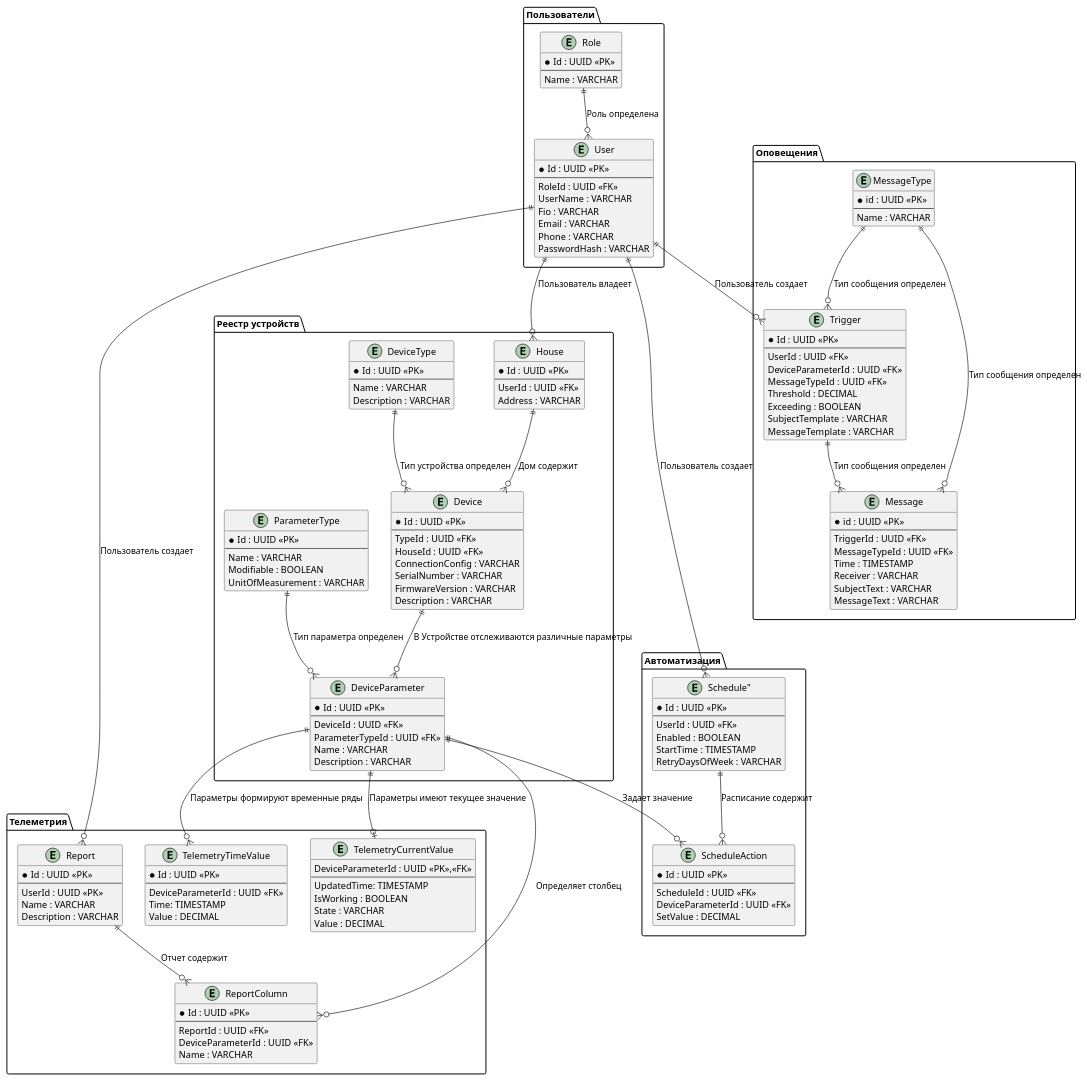
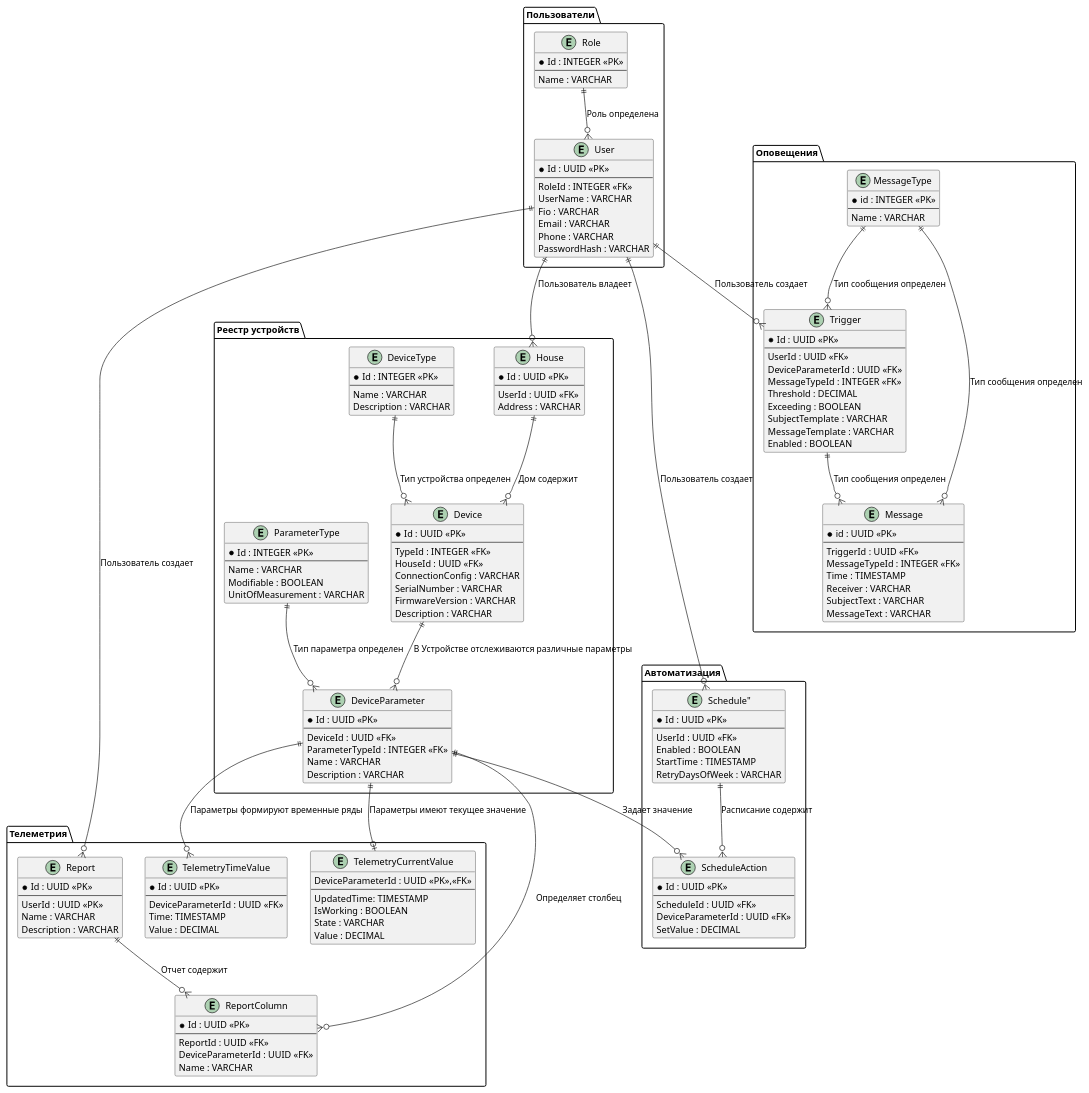
One commit to binaril/architecture-warmhouse changed the diagram in diagrams/ER.puml. Above: the diagram before and after it, drawn with PlantUML. The commit also changed 4 other files, not shown here.

```diff
--- a/diagrams/ER.puml
+++ b/diagrams/ER.puml
@@ -1,174 +1,175 @@
 @startuml
 package "Пользователи" {
   entity "User" as User {
     *Id : UUID <<PK>>
     --
-    RoleId : UUID <<FK>>
+    RoleId : INTEGER <<FK>>
     UserName : VARCHAR
     Fio : VARCHAR
     Email : VARCHAR
     Phone : VARCHAR
     PasswordHash : VARCHAR
   }
 
   entity "Role" as Role {
-    *Id : UUID <<PK>>
+    *Id : INTEGER <<PK>>
     --
     Name : VARCHAR
   }
 }
 
 package "Автоматизация" {
   entity "Schedule"" as Schedule {
     *Id : UUID <<PK>>
     --
     UserId : UUID <<FK>>
     Enabled : BOOLEAN
     StartTime : TIMESTAMP
     RetryDaysOfWeek : VARCHAR
   }
     
   entity "ScheduleAction" as ScheduleAction {
     *Id : UUID <<PK>>
     --
     ScheduleId : UUID <<FK>>
     DeviceParameterId : UUID <<FK>>
     SetValue : DECIMAL
   }
 }
 
 package "Реестр устройств" {
   entity "House" as House {
     *Id : UUID <<PK>>
     --
     UserId : UUID <<FK>>
     Address : VARCHAR
   }
 
   entity "Device" as Device {
     *Id : UUID <<PK>>
     --
-    TypeId : UUID <<FK>>
+    TypeId : INTEGER <<FK>>
     HouseId : UUID <<FK>>
     ConnectionConfig : VARCHAR
     SerialNumber : VARCHAR
     FirmwareVersion : VARCHAR
     Description : VARCHAR
   }
 
   entity "DeviceType" as DeviceType {
-    *Id : UUID <<PK>>
+    *Id : INTEGER <<PK>>
     --
     Name : VARCHAR
     Description : VARCHAR
   }
 
   entity "DeviceParameter" as DeviceParameter {
     *Id : UUID <<PK>>
     --
     DeviceId : UUID <<FK>>
-    ParameterTypeId : UUID <<FK>>
+    ParameterTypeId : INTEGER <<FK>>
     Name : VARCHAR
     Description : VARCHAR
   }
   
   entity "ParameterType" as ParameterType {
-    *Id : UUID <<PK>>
+    *Id : INTEGER <<PK>>
     --
     Name : VARCHAR
     Modifiable : BOOLEAN
     UnitOfMeasurement : VARCHAR
   }  
 }
 
 
 
 package "Оповещения" {
   entity "Trigger" as Trigger {
     *Id : UUID <<PK>>
     --
     UserId : UUID <<FK>>
     DeviceParameterId : UUID <<FK>>
-    MessageTypeId : UUID <<FK>>
+    MessageTypeId : INTEGER <<FK>>
     Threshold : DECIMAL
     Exceeding : BOOLEAN
     SubjectTemplate : VARCHAR
     MessageTemplate : VARCHAR
+    Enabled : BOOLEAN
   }
 
   entity "Message" as Message {
     *id : UUID <<PK>>
     --
     TriggerId : UUID <<FK>>
-    MessageTypeId : UUID <<FK>>
+    MessageTypeId : INTEGER <<FK>>
     Time : TIMESTAMP
     Receiver : VARCHAR
     SubjectText : VARCHAR
     MessageText : VARCHAR
   }
   
   entity "MessageType" as MessageType {
-    *id : UUID <<PK>>
+    *id : INTEGER <<PK>>
     --
     Name : VARCHAR
   }  
 }
 
 
 package "Телеметрия" {
   entity "TelemetryCurrentValue" as TelemetryCurrent {
     DeviceParameterId : UUID <<PK>>,<<FK>>
     --
     UpdatedTime: TIMESTAMP
     IsWorking : BOOLEAN
     State : VARCHAR
     Value : DECIMAL
   }
 
   entity "TelemetryTimeValue" as TelemetryTimeValue {
     *Id : UUID <<PK>>
     --
     DeviceParameterId : UUID <<FK>>
     Time: TIMESTAMP
     Value : DECIMAL
   }
   
   entity "Report" as Report {
     *Id : UUID <<PK>>
     --
     UserId : UUID <<PK>>
     Name : VARCHAR
     Description : VARCHAR
   }
   
   entity "ReportColumn" as ReportColumn {
     *Id : UUID <<PK>>
     --
     ReportId : UUID <<FK>>
     DeviceParameterId : UUID <<FK>>
     Name : VARCHAR
   }  
     
 }
 
 
 
 Role ||--o{ User : "Роль определена"
 User ||--o{ House : "Пользователь владеет"
 User ||--o{ Report : "Пользователь создает"
 User ||--o{ Schedule : "Пользователь создает"
 User ||--o{ Trigger : "Пользователь создает"
 House ||--o{ Device : "Дом содержит"
 DeviceType ||--o{ Device : "Тип устройства определен"
 Device ||--o{ DeviceParameter : "В Устройстве отслеживаются различные параметры"
 ParameterType ||--o{ DeviceParameter : "Тип параметра определен"
 DeviceParameter ||--o{ TelemetryTimeValue : "Параметры формируют временные ряды"
 DeviceParameter ||--o| TelemetryCurrent : "Параметры имеют текущее значение"
 Report ||--o{ ReportColumn : "Отчет содержит"
 DeviceParameter ||--o{ ReportColumn : "Определяет столбец"
 Schedule ||--o{ ScheduleAction : "Расписание содержит"
 DeviceParameter ||--o{ ScheduleAction : "Задает значение"
 MessageType ||--o{ Trigger : "Тип сообщения определен"
 MessageType ||--o{ Message : "Тип сообщения определен"
 Trigger ||--o{ Message : "Тип сообщения определен"
 @enduml
```
